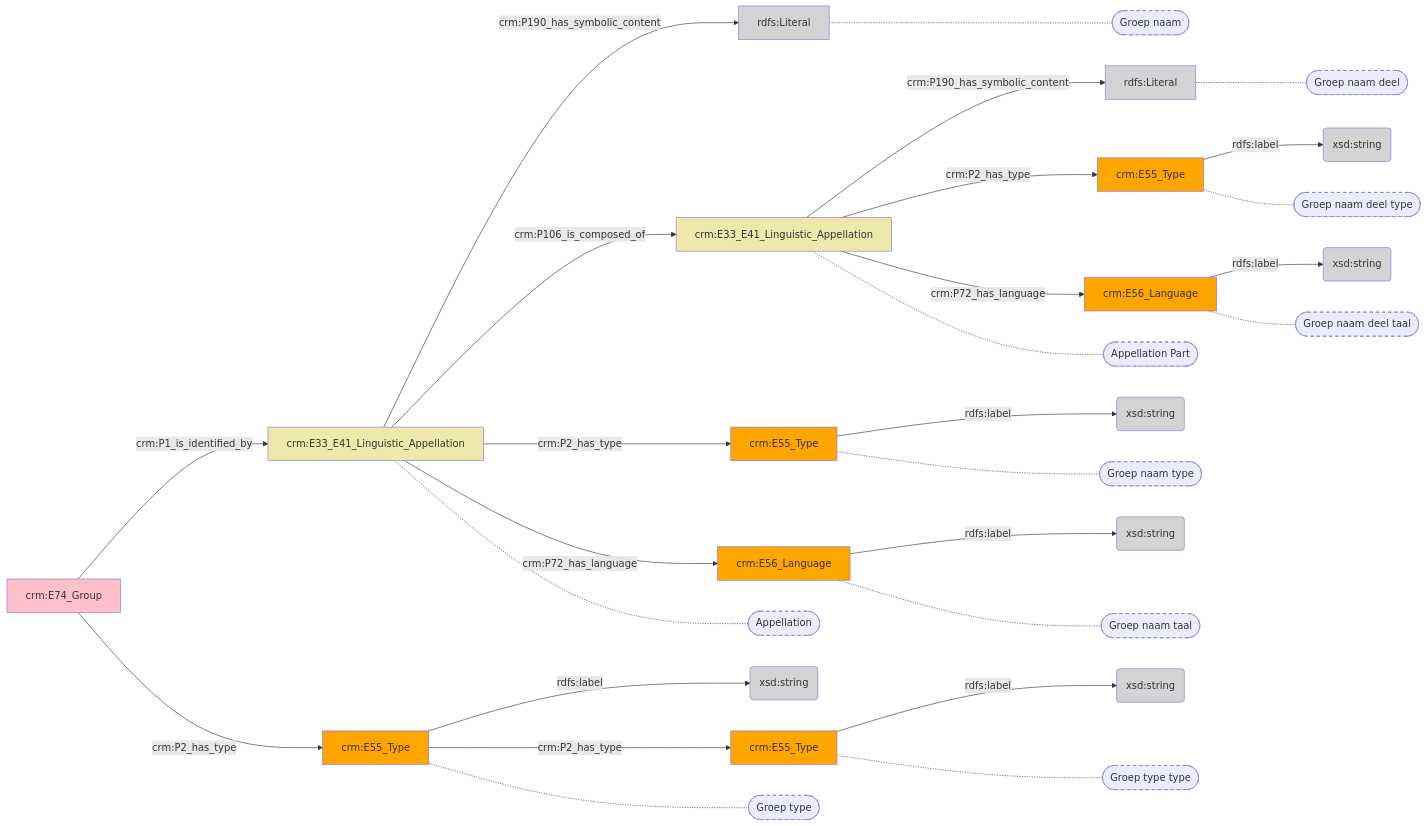
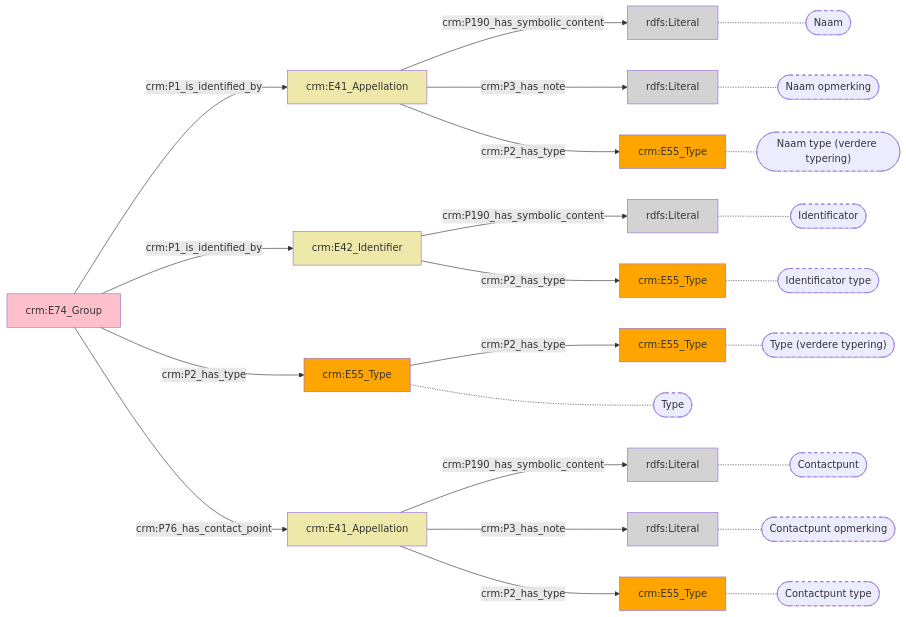
Before and after one commit to digipolisantwerpdocumentation/antwerp-cultureel-erfgoed: the diagram in docs/content/modellen/Group/Identificatie.md, drawn with Mermaid. The commit also changed 170 other files, not shown here.

````diff
--- a/docs/content/modellen/Group/Identificatie.md
+++ b/docs/content/modellen/Group/Identificatie.md
@@ -1,56 +1,50 @@
 ```mermaid
 graph LR
-45a2ea12-e37f-11ed-9064-00163e71351b["crm:E33_E41_Linguistic_Appellation"]-->|"crm:P190_has_symbolic_content"|45a2f494-e37f-11ed-9064-00163e71351b(rdfs:Literal)
-45a2f07a-e37f-11ed-9064-00163e71351b["crm:E56_Language"]-->|"rdfs:label"|45a2f1ec-e37f-11ed-9064-00163e71351b(xsd:string)
-45a2f5de-e37f-11ed-9064-00163e71351b["crm:E56_Language"]-->|"rdfs:label"|45a2f994-e37f-11ed-9064-00163e71351b(xsd:string)
-45a2f71e-e37f-11ed-9064-00163e71351b["crm:E55_Type"]-->|"rdfs:label"|45a2f85e-e37f-11ed-9064-00163e71351b(xsd:string)
-45a2fade-e37f-11ed-9064-00163e71351b["crm:E33_E41_Linguistic_Appellation"]-->|"crm:P190_has_symbolic_content"|45a2f340-e37f-11ed-9064-00163e71351b(rdfs:Literal)
-45a2fc28-e37f-11ed-9064-00163e71351b["crm:E55_Type"]-->|"rdfs:label"|45a2eee0-e37f-11ed-9064-00163e71351b(xsd:string)
-cc86d7fa-e37f-11ed-9655-00163e71351b["crm:E55_Type"]-->|"rdfs:label"|cc86dfa2-e37f-11ed-9655-00163e71351b(xsd:string)
-cc86dc96-e37f-11ed-9655-00163e71351b["crm:E55_Type"]-->|"rdfs:label"|cc86de3a-e37f-11ed-9655-00163e71351b(xsd:string)
-1456bf2e-e37f-11ed-a1e6-00163e71351b["crm:E74_Group"]-->|"crm:P1_is_identified_by"|45a2ea12-e37f-11ed-9064-00163e71351b["crm:E33_E41_Linguistic_Appellation"]
+style 1456bf2e-e37f-11ed-a1e6-00163e71351b fill:#ffc0cb
+style 45a2ea12-e37f-11ed-9064-00163e71351b fill:#EEE8AA
+style 45a2f494-e37f-11ed-9064-00163e71351b fill:#D3D3D3
+style 45a2f71e-e37f-11ed-9064-00163e71351b fill:#ffa500
+style 523901ae-2986-11ef-a78c-960002548b4f fill:#D3D3D3
+style 595771f3-14ef-11ef-8e02-960002548b4f fill:#EEE8AA
+style 59577630-14ef-11ef-9474-960002548b4f fill:#D3D3D3
+style 5957777e-14ef-11ef-bef1-960002548b4f fill:#ffa500
+style 59577966-14ef-11ef-a727-960002548b4f fill:#D3D3D3
+style 7e916952-18e9-11ef-a2b0-960002548b4f fill:#EEE8AA
+style 7e916e99-18e9-11ef-b0f8-960002548b4f fill:#D3D3D3
+style 7e916f95-18e9-11ef-9d59-960002548b4f fill:#ffa500
+style cc86d7fa-e37f-11ed-9655-00163e71351b fill:#ffa500
+style cc86dc96-e37f-11ed-9655-00163e71351b fill:#ffa500
+45a2ea12-e37f-11ed-9064-00163e71351b["crm:E41_Appellation"]-->|"crm:P190_has_symbolic_content"|45a2f494-e37f-11ed-9064-00163e71351b(rdfs:Literal)
+45a2ea12-e37f-11ed-9064-00163e71351b["crm:E41_Appellation"]-->|"crm:P3_has_note"|523901ae-2986-11ef-a78c-960002548b4f(rdfs:Literal)
+595771f3-14ef-11ef-8e02-960002548b4f["crm:E41_Appellation"]-->|"crm:P190_has_symbolic_content"|59577966-14ef-11ef-a727-960002548b4f(rdfs:Literal)
+595771f3-14ef-11ef-8e02-960002548b4f["crm:E41_Appellation"]-->|"crm:P3_has_note"|59577630-14ef-11ef-9474-960002548b4f(rdfs:Literal)
+7e916952-18e9-11ef-a2b0-960002548b4f["crm:E42_Identifier"]-->|"crm:P190_has_symbolic_content"|7e916e99-18e9-11ef-b0f8-960002548b4f(rdfs:Literal)
+1456bf2e-e37f-11ed-a1e6-00163e71351b["crm:E74_Group"]-->|"crm:P1_is_identified_by"|45a2ea12-e37f-11ed-9064-00163e71351b["crm:E41_Appellation"]
+1456bf2e-e37f-11ed-a1e6-00163e71351b["crm:E74_Group"]-->|"crm:P1_is_identified_by"|7e916952-18e9-11ef-a2b0-960002548b4f["crm:E42_Identifier"]
 1456bf2e-e37f-11ed-a1e6-00163e71351b["crm:E74_Group"]-->|"crm:P2_has_type"|cc86d7fa-e37f-11ed-9655-00163e71351b["crm:E55_Type"]
-45a2ea12-e37f-11ed-9064-00163e71351b["crm:E33_E41_Linguistic_Appellation"]-->|"crm:P106_is_composed_of"|45a2fade-e37f-11ed-9064-00163e71351b["crm:E33_E41_Linguistic_Appellation"]
-45a2ea12-e37f-11ed-9064-00163e71351b["crm:E33_E41_Linguistic_Appellation"]-->|"crm:P2_has_type"|45a2f71e-e37f-11ed-9064-00163e71351b["crm:E55_Type"]
-45a2ea12-e37f-11ed-9064-00163e71351b["crm:E33_E41_Linguistic_Appellation"]-->|"crm:P72_has_language"|45a2f5de-e37f-11ed-9064-00163e71351b["crm:E56_Language"]
-45a2fade-e37f-11ed-9064-00163e71351b["crm:E33_E41_Linguistic_Appellation"]-->|"crm:P2_has_type"|45a2fc28-e37f-11ed-9064-00163e71351b["crm:E55_Type"]
-45a2fade-e37f-11ed-9064-00163e71351b["crm:E33_E41_Linguistic_Appellation"]-->|"crm:P72_has_language"|45a2f07a-e37f-11ed-9064-00163e71351b["crm:E56_Language"]
+1456bf2e-e37f-11ed-a1e6-00163e71351b["crm:E74_Group"]-->|"crm:P76_has_contact_point"|595771f3-14ef-11ef-8e02-960002548b4f["crm:E41_Appellation"]
+45a2ea12-e37f-11ed-9064-00163e71351b["crm:E41_Appellation"]-->|"crm:P2_has_type"|45a2f71e-e37f-11ed-9064-00163e71351b["crm:E55_Type"]
+595771f3-14ef-11ef-8e02-960002548b4f["crm:E41_Appellation"]-->|"crm:P2_has_type"|5957777e-14ef-11ef-bef1-960002548b4f["crm:E55_Type"]
+7e916952-18e9-11ef-a2b0-960002548b4f["crm:E42_Identifier"]-->|"crm:P2_has_type"|7e916f95-18e9-11ef-9d59-960002548b4f["crm:E55_Type"]
 cc86d7fa-e37f-11ed-9655-00163e71351b["crm:E55_Type"]-->|"crm:P2_has_type"|cc86dc96-e37f-11ed-9655-00163e71351b["crm:E55_Type"]
-45a2ea12-e37f-11ed-9064-00163e71351b["crm:E33_E41_Linguistic_Appellation"]-.-45a2ea12-e37f-11ed-9064-00163e71351b_s(["Appellation"])
-cc86d7fa-e37f-11ed-9655-00163e71351b["crm:E55_Type"]-.-cc86d7fa-e37f-11ed-9655-00163e71351b_s(["Groep type"])
-45a2fade-e37f-11ed-9064-00163e71351b["crm:E33_E41_Linguistic_Appellation"]-.-45a2fade-e37f-11ed-9064-00163e71351b_s(["Appellation Part"])
-45a2f494-e37f-11ed-9064-00163e71351b["rdfs:Literal"]-.-45a2f494-e37f-11ed-9064-00163e71351b_s(["Groep naam"])
-45a2f71e-e37f-11ed-9064-00163e71351b["crm:E55_Type"]-.-45a2f71e-e37f-11ed-9064-00163e71351b_s(["Groep naam type"])
-45a2f5de-e37f-11ed-9064-00163e71351b["crm:E56_Language"]-.-45a2f5de-e37f-11ed-9064-00163e71351b_s(["Groep naam taal"])
-45a2f340-e37f-11ed-9064-00163e71351b["rdfs:Literal"]-.-45a2f340-e37f-11ed-9064-00163e71351b_s(["Groep naam deel"])
-45a2fc28-e37f-11ed-9064-00163e71351b["crm:E55_Type"]-.-45a2fc28-e37f-11ed-9064-00163e71351b_s(["Groep naam deel type"])
-45a2f07a-e37f-11ed-9064-00163e71351b["crm:E56_Language"]-.-45a2f07a-e37f-11ed-9064-00163e71351b_s(["Groep naam deel taal"])
-cc86dc96-e37f-11ed-9655-00163e71351b["crm:E55_Type"]-.-cc86dc96-e37f-11ed-9655-00163e71351b_s(["Groep type type"])
-style 45a2ea12-e37f-11ed-9064-00163e71351b_s stroke-dasharray: 5
+cc86d7fa-e37f-11ed-9655-00163e71351b["crm:E55_Type"]-.-cc86d7fa-e37f-11ed-9655-00163e71351b_s(["Type"])
+45a2f494-e37f-11ed-9064-00163e71351b["rdfs:Literal"]-.-45a2f494-e37f-11ed-9064-00163e71351b_s(["Naam"])
+45a2f71e-e37f-11ed-9064-00163e71351b["crm:E55_Type"]-.-45a2f71e-e37f-11ed-9064-00163e71351b_s(["Naam type (verdere typering)"])
+523901ae-2986-11ef-a78c-960002548b4f["rdfs:Literal"]-.-523901ae-2986-11ef-a78c-960002548b4f_s(["Naam opmerking"])
+59577966-14ef-11ef-a727-960002548b4f["rdfs:Literal"]-.-59577966-14ef-11ef-a727-960002548b4f_s(["Contactpunt"])
+5957777e-14ef-11ef-bef1-960002548b4f["crm:E55_Type"]-.-5957777e-14ef-11ef-bef1-960002548b4f_s(["Contactpunt type"])
+59577630-14ef-11ef-9474-960002548b4f["rdfs:Literal"]-.-59577630-14ef-11ef-9474-960002548b4f_s(["Contactpunt opmerking"])
+7e916e99-18e9-11ef-b0f8-960002548b4f["rdfs:Literal"]-.-7e916e99-18e9-11ef-b0f8-960002548b4f_s(["Identificator"])
+7e916f95-18e9-11ef-9d59-960002548b4f["crm:E55_Type"]-.-7e916f95-18e9-11ef-9d59-960002548b4f_s(["Identificator type"])
+cc86dc96-e37f-11ed-9655-00163e71351b["crm:E55_Type"]-.-cc86dc96-e37f-11ed-9655-00163e71351b_s(["Type (verdere typering)"])
 style cc86d7fa-e37f-11ed-9655-00163e71351b_s stroke-dasharray: 5
-style 45a2fade-e37f-11ed-9064-00163e71351b_s stroke-dasharray: 5
 style 45a2f494-e37f-11ed-9064-00163e71351b_s stroke-dasharray: 5
 style 45a2f71e-e37f-11ed-9064-00163e71351b_s stroke-dasharray: 5
-style 45a2f5de-e37f-11ed-9064-00163e71351b_s stroke-dasharray: 5
-style 45a2f340-e37f-11ed-9064-00163e71351b_s stroke-dasharray: 5
-style 45a2fc28-e37f-11ed-9064-00163e71351b_s stroke-dasharray: 5
-style 45a2f07a-e37f-11ed-9064-00163e71351b_s stroke-dasharray: 5
+style 523901ae-2986-11ef-a78c-960002548b4f_s stroke-dasharray: 5
+style 59577966-14ef-11ef-a727-960002548b4f_s stroke-dasharray: 5
+style 5957777e-14ef-11ef-bef1-960002548b4f_s stroke-dasharray: 5
+style 59577630-14ef-11ef-9474-960002548b4f_s stroke-dasharray: 5
+style 7e916e99-18e9-11ef-b0f8-960002548b4f_s stroke-dasharray: 5
+style 7e916f95-18e9-11ef-9d59-960002548b4f_s stroke-dasharray: 5
 style cc86dc96-e37f-11ed-9655-00163e71351b_s stroke-dasharray: 5
-style 1456bf2e-e37f-11ed-a1e6-00163e71351b fill:#ffc0cb
-style 45a2ea12-e37f-11ed-9064-00163e71351b fill:#EEE8AA
-style 45a2eee0-e37f-11ed-9064-00163e71351b fill:#D3D3D3
-style 45a2f07a-e37f-11ed-9064-00163e71351b fill:#ffa500
-style 45a2f1ec-e37f-11ed-9064-00163e71351b fill:#D3D3D3
-style 45a2f340-e37f-11ed-9064-00163e71351b fill:#D3D3D3
-style 45a2f494-e37f-11ed-9064-00163e71351b fill:#D3D3D3
-style 45a2f5de-e37f-11ed-9064-00163e71351b fill:#ffa500
-style 45a2f71e-e37f-11ed-9064-00163e71351b fill:#ffa500
-style 45a2f85e-e37f-11ed-9064-00163e71351b fill:#D3D3D3
-style 45a2f994-e37f-11ed-9064-00163e71351b fill:#D3D3D3
-style 45a2fade-e37f-11ed-9064-00163e71351b fill:#EEE8AA
-style 45a2fc28-e37f-11ed-9064-00163e71351b fill:#ffa500
-style cc86d7fa-e37f-11ed-9655-00163e71351b fill:#ffa500
-style cc86dc96-e37f-11ed-9655-00163e71351b fill:#ffa500
-style cc86de3a-e37f-11ed-9655-00163e71351b fill:#D3D3D3
-style cc86dfa2-e37f-11ed-9655-00163e71351b fill:#D3D3D3
 ```
````
